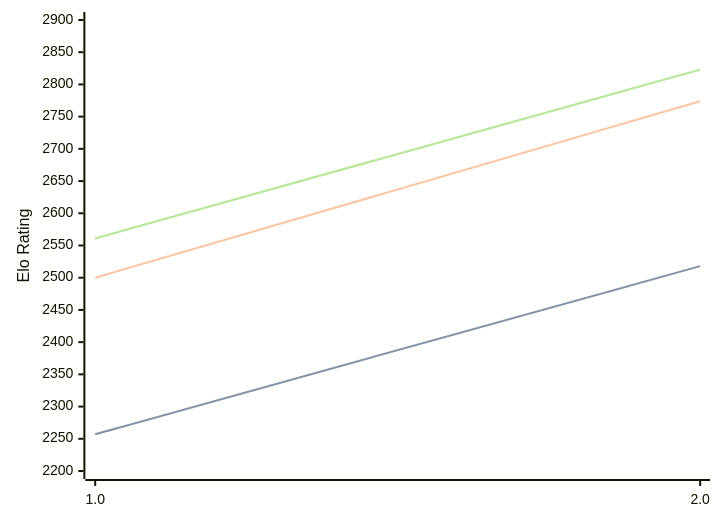
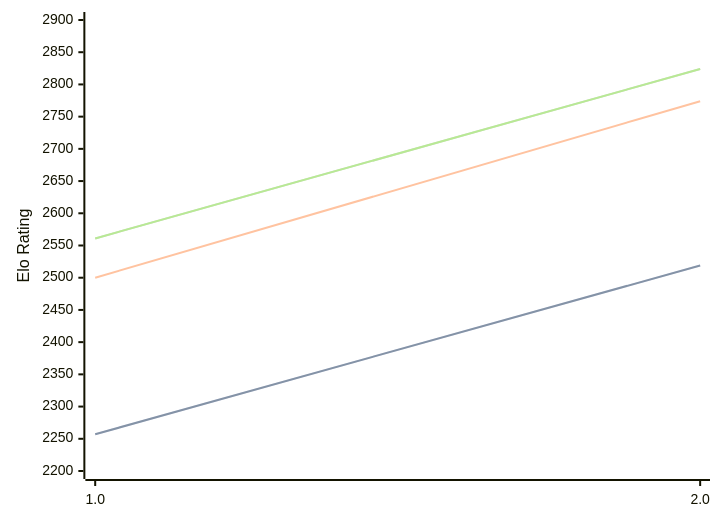
One commit to computer-chess-index/cci changed the diagram in engines/Revolver.md. Above: the diagram before and after it, drawn with Mermaid. The commit also changed other lines of this file, not shown here.

Commit message:
Update CCI Ratings (ELO VLTC) - 2026-08-27

````diff
--- a/engines/Revolver.md
+++ b/engines/Revolver.md
@@ -32,11 +32,11 @@
 ```mermaid
 %%{init: {"theme":"base","themeVariables":{"seriesColors:['#a3a3a3','#222221','#faa371']}}}%%
 xychart-beta
   x-axis ["1.0", "2.0"]
   y-axis "Elo Rating" 2200 --> 2900
-  line "STC (8.0+0.08s)" [2257, 2518]
-  line "STC (8.0+0.08s)" [2257, 2518]
+  line "STC (8.0+0.08s)" [2257, 2519]
+  line "STC (8.0+0.08s)" [2257, 2519]
   line "LTC (60.0+0.60s)" [2500, 2774]
-  line "VLTC (2m24s+1.12s)" [2561, 2823]
-  line "VLTC (2m24s+1.12s)" [2561, 2823]
+  line "VLTC (2m24s+1.12s)" [2561, 2824]
+  line "VLTC (2m24s+1.12s)" [2561, 2824]
 ```
````
